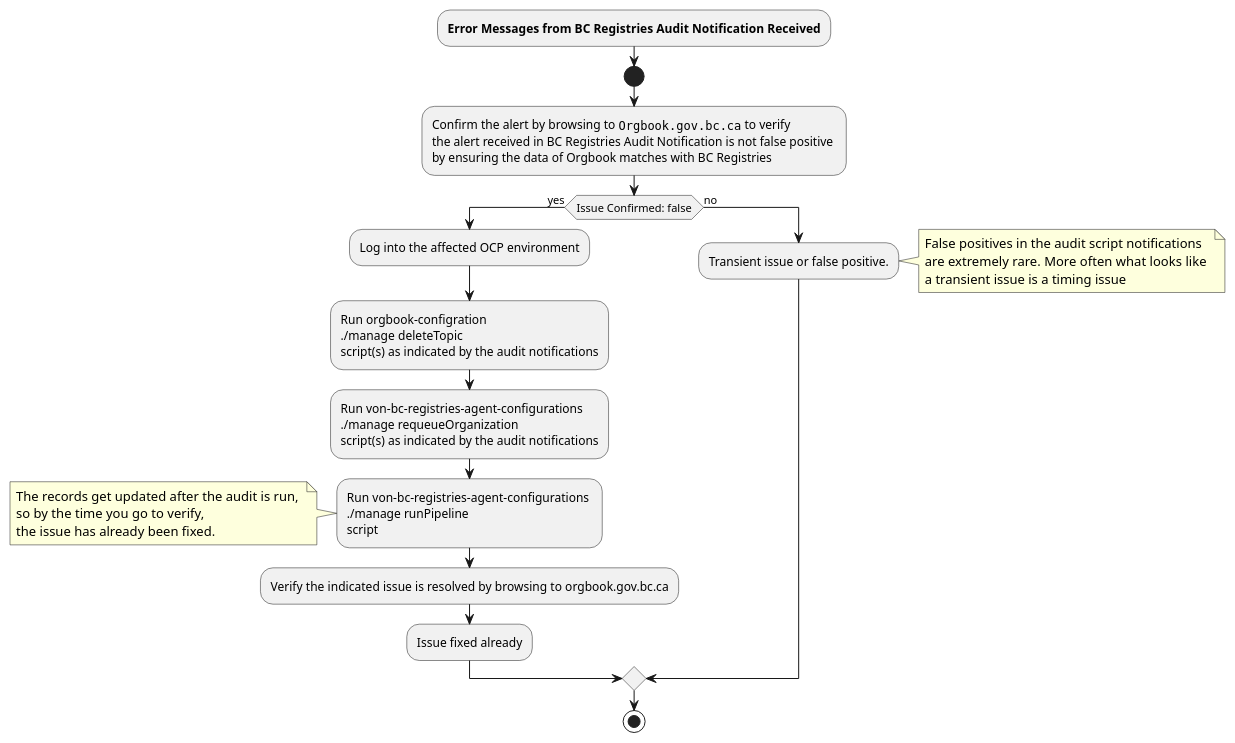
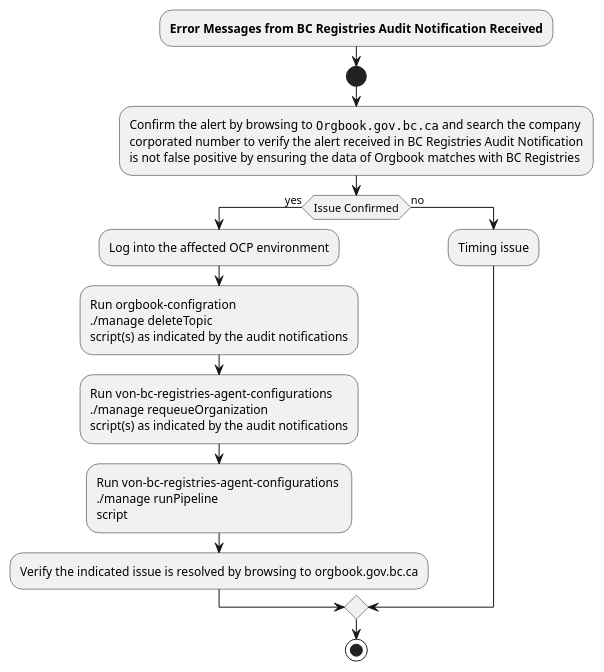
Before and after one commit to bcgov/DITP-DevOps: the diagram in docs/diagrams/bc-registries-audit-decision-tree.puml, drawn with PlantUML. The commit also changed 5 other files, not shown here.

```diff
--- a/docs/diagrams/bc-registries-audit-decision-tree.puml
+++ b/docs/diagrams/bc-registries-audit-decision-tree.puml
@@ -1,29 +1,18 @@
 @startuml
 
 :**Error Messages from BC Registries Audit Notification Received**;
 start
-:Confirm the alert by browsing to ""Orgbook.gov.bc.ca"" to verify 
-the alert received in BC Registries Audit Notification is not false positive 
-by ensuring the data of Orgbook matches with BC Registries;
-if (Issue Confirmed: false) then (yes)
+:Confirm the alert by browsing to ""Orgbook.gov.bc.ca"" and search the company 
+corporated number to verify the alert received in BC Registries Audit Notification
+is not false positive by ensuring the data of Orgbook matches with BC Registries;
+if (Issue Confirmed) then (yes)
   :Log into the affected OCP environment;
   :Run orgbook-configration \n./manage deleteTopic \nscript(s) as indicated by the audit notifications; 
   :Run von-bc-registries-agent-configurations \n./manage requeueOrganization \nscript(s) as indicated by the audit notifications;
   :Run von-bc-registries-agent-configurations \n./manage runPipeline \nscript;
-  note left
-      The records get updated after the audit is run, 
-      so by the time you go to verify, 
-      the issue has already been fixed.
-    end note
   :Verify the indicated issue is resolved by browsing to orgbook.gov.bc.ca;
-  :Issue fixed already;
   else (no)
-    :Transient issue or false positive.;
-      note right
-False positives in the audit script notifications 
-are extremely rare. More often what looks like 
-a transient issue is a timing issue
-    end note
+    :Timing issue;
 endif
 stop
 @enduml
```
